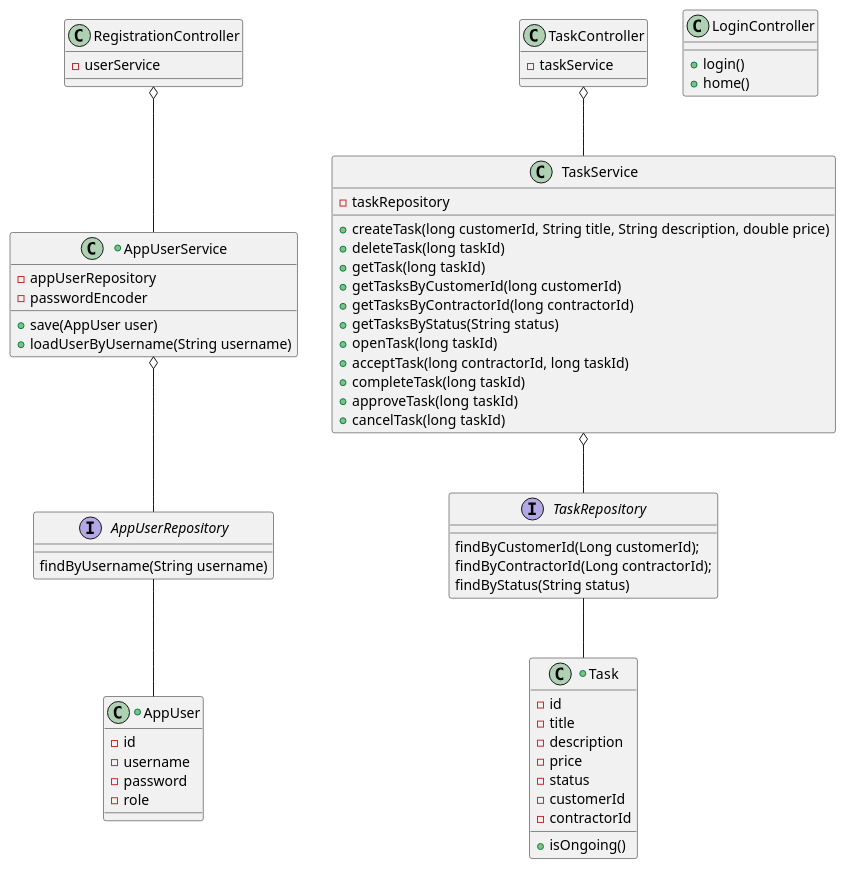
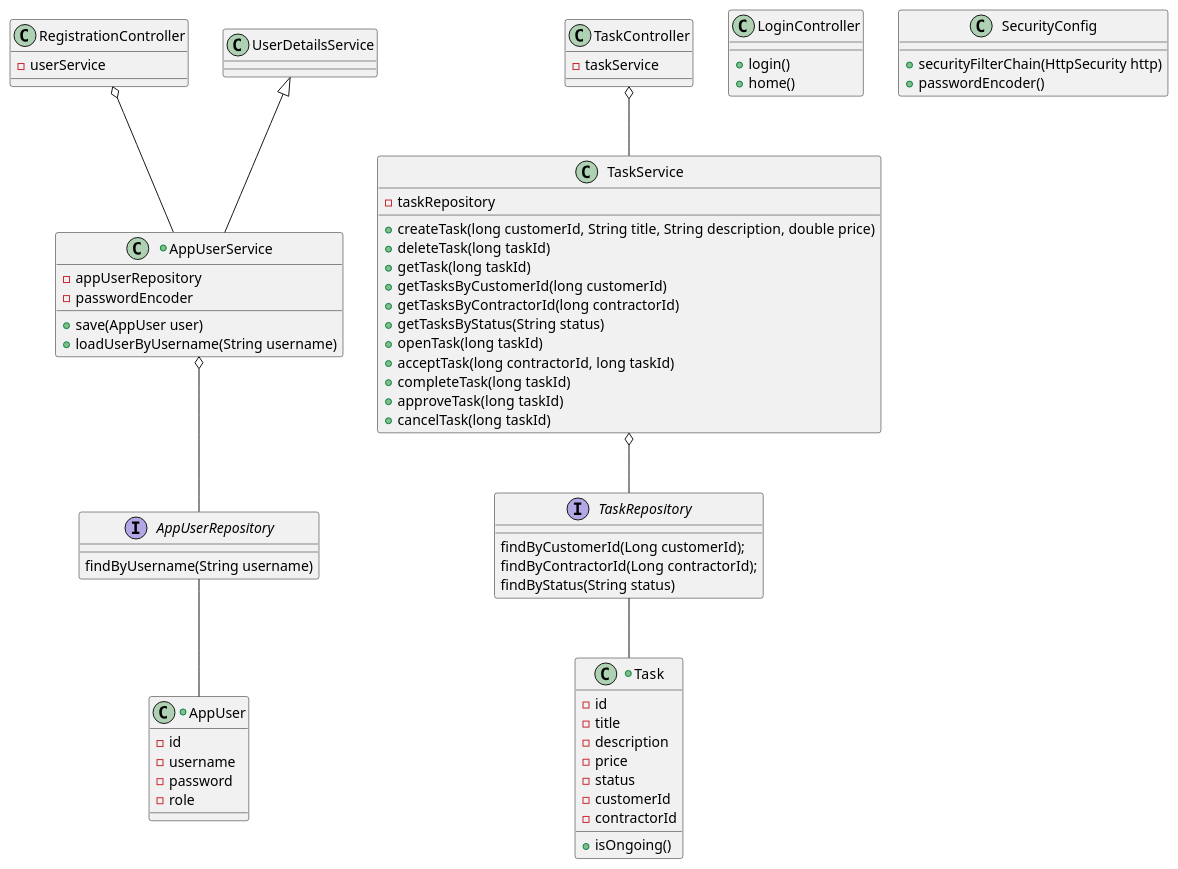
One commit to kvnlxu/TaskFinder changed the diagram in src/uml/ClassDiagram.puml. Above: the diagram before and after it, drawn with PlantUML.

Commit message:
Class Diagram includes UserDetailService

```diff
--- a/src/uml/ClassDiagram.puml
+++ b/src/uml/ClassDiagram.puml
@@ -1,73 +1,79 @@
 @startuml
 
 +class AppUser {
     -id
     -username
     -password
     -role
 }
 
 +class Task {
     -id
     -title
     -description
     -price
     -status
     -customerId
     -contractorId
     +isOngoing()
 }
 
 interface AppUserRepository {
     findByUsername(String username)
 }
 
 interface TaskRepository {
     findByCustomerId(Long customerId);
     findByContractorId(Long contractorId);
     findByStatus(String status)
 }
 
 +class AppUserService {
     -appUserRepository
     -passwordEncoder
     +save(AppUser user)
     +loadUserByUsername(String username)
 }
 
 class TaskService {
     -taskRepository
     +createTask(long customerId, String title, String description, double price)
     +deleteTask(long taskId)
     +getTask(long taskId)
     +getTasksByCustomerId(long customerId)
     +getTasksByContractorId(long contractorId)
     +getTasksByStatus(String status)
     +openTask(long taskId)
     +acceptTask(long contractorId, long taskId)
     +completeTask(long taskId)
     +approveTask(long taskId)
     +cancelTask(long taskId)
 }
 
 class LoginController {
     +login()
     +home()
 }
 
 class RegistrationController {
     -userService
 }
 
 class TaskController {
     -taskService
 }
 
+class SecurityConfig {
+    +securityFilterChain(HttpSecurity http)
+    +passwordEncoder()
+}
+
 RegistrationController o-- AppUserService
+UserDetailsService <|-- AppUserService
 AppUserService o-- AppUserRepository
 AppUserRepository -- AppUser
 
 TaskController o-- TaskService
 TaskService o-- TaskRepository
 TaskRepository -- Task
 @enduml
```
